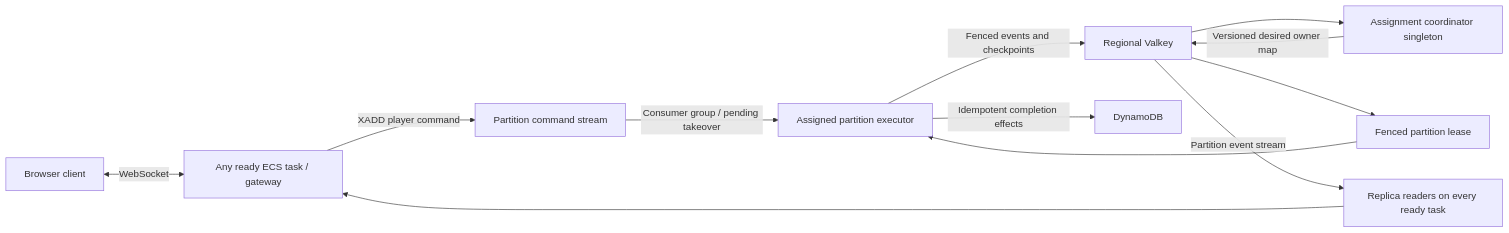
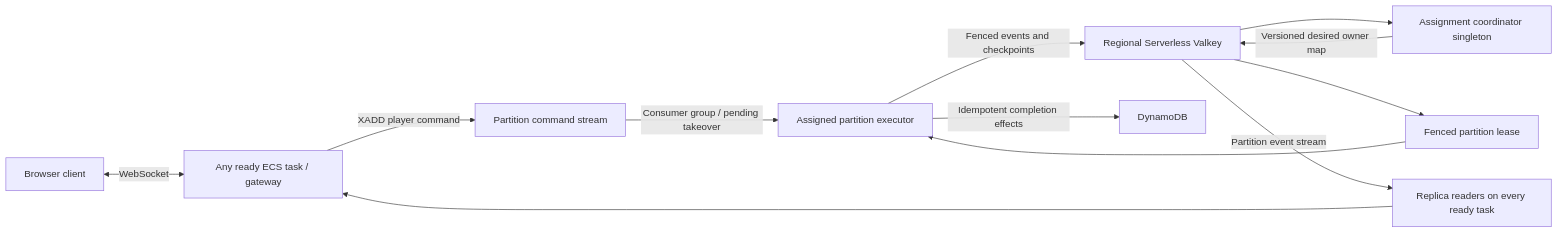
One commit to lopatin/Snaketron changed the diagram in specs/autoscaling-resilience-prd.md. Above: the diagram before and after it, drawn with Mermaid. The commit also changed other lines of this file and 30 other files, not shown here.

Commit message:
support serverless valkey autoscaling

```diff
--- a/specs/autoscaling-resilience-prd.md
+++ b/specs/autoscaling-resilience-prd.md
@@ -147,14 +147,14 @@
 ~~~mermaid
 flowchart LR
     C["Browser client"] <-->|"WebSocket"| G["Any ready ECS task / gateway"]
     G -->|"XADD player command"| CS["Partition command stream"]
-    A["Assignment coordinator singleton"] -->|"Versioned desired owner map"| V["Regional Valkey"]
+    A["Assignment coordinator singleton"] -->|"Versioned desired owner map"| V["Regional Serverless Valkey"]
     V --> A
     V --> L["Fenced partition lease"]
     CS -->|"Consumer group / pending takeover"| E["Assigned partition executor"]
     L --> E
     E -->|"Fenced events and checkpoints"| V
     V -->|"Partition event stream"| R["Replica readers on every ready task"]
     R --> G
     E -->|"Idempotent completion effects"| D["DynamoDB"]
 ~~~
```
